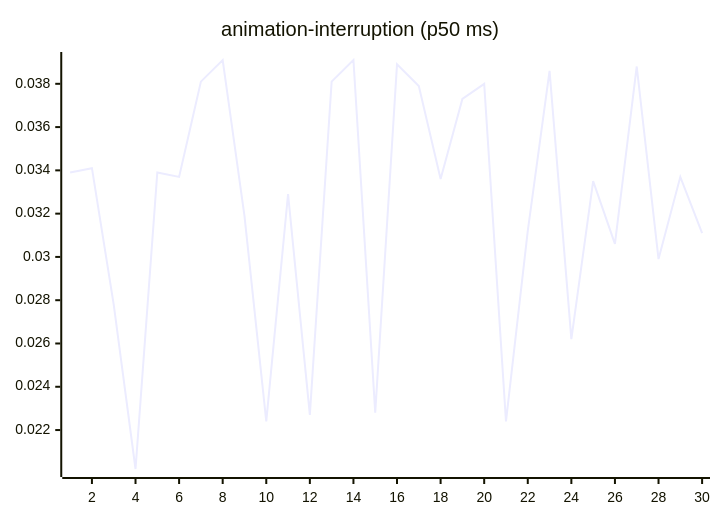
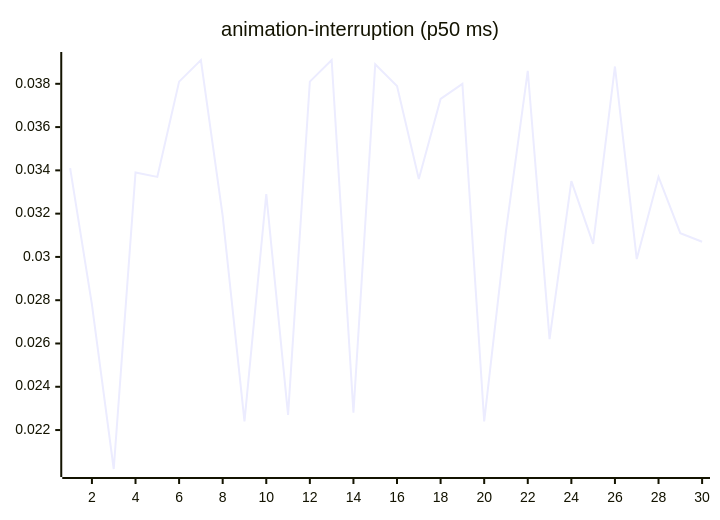
The third of 27 diagrams in README.md (josha/Facet), drawn with Mermaid before and after one commit. The commit also changed other lines of this file and 2 other files, not shown here.

````diff
--- a/README.md
+++ b/README.md
@@ -77,6 +77,6 @@
 ```mermaid
 xychart-beta
     title "animation-interruption (p50 ms)"
     x-axis 1 --> 30
-    line [0.0339, 0.0341, 0.0278, 0.0202, 0.0339, 0.0337, 0.0381, 0.0391, 0.0319, 0.0224, 0.0329, 0.0227, 0.0381, 0.0391, 0.0228, 0.0389, 0.0379, 0.0336, 0.0373, 0.0380, 0.0224, 0.0312, 0.0386, 0.0262, 0.0335, 0.0306, 0.0388, 0.0299, 0.0337, 0.0311]
+    line [0.0341, 0.0278, 0.0202, 0.0339, 0.0337, 0.0381, 0.0391, 0.0319, 0.0224, 0.0329, 0.0227, 0.0381, 0.0391, 0.0228, 0.0389, 0.0379, 0.0336, 0.0373, 0.0380, 0.0224, 0.0312, 0.0386, 0.0262, 0.0335, 0.0306, 0.0388, 0.0299, 0.0337, 0.0311, 0.0307]
 ```
````
